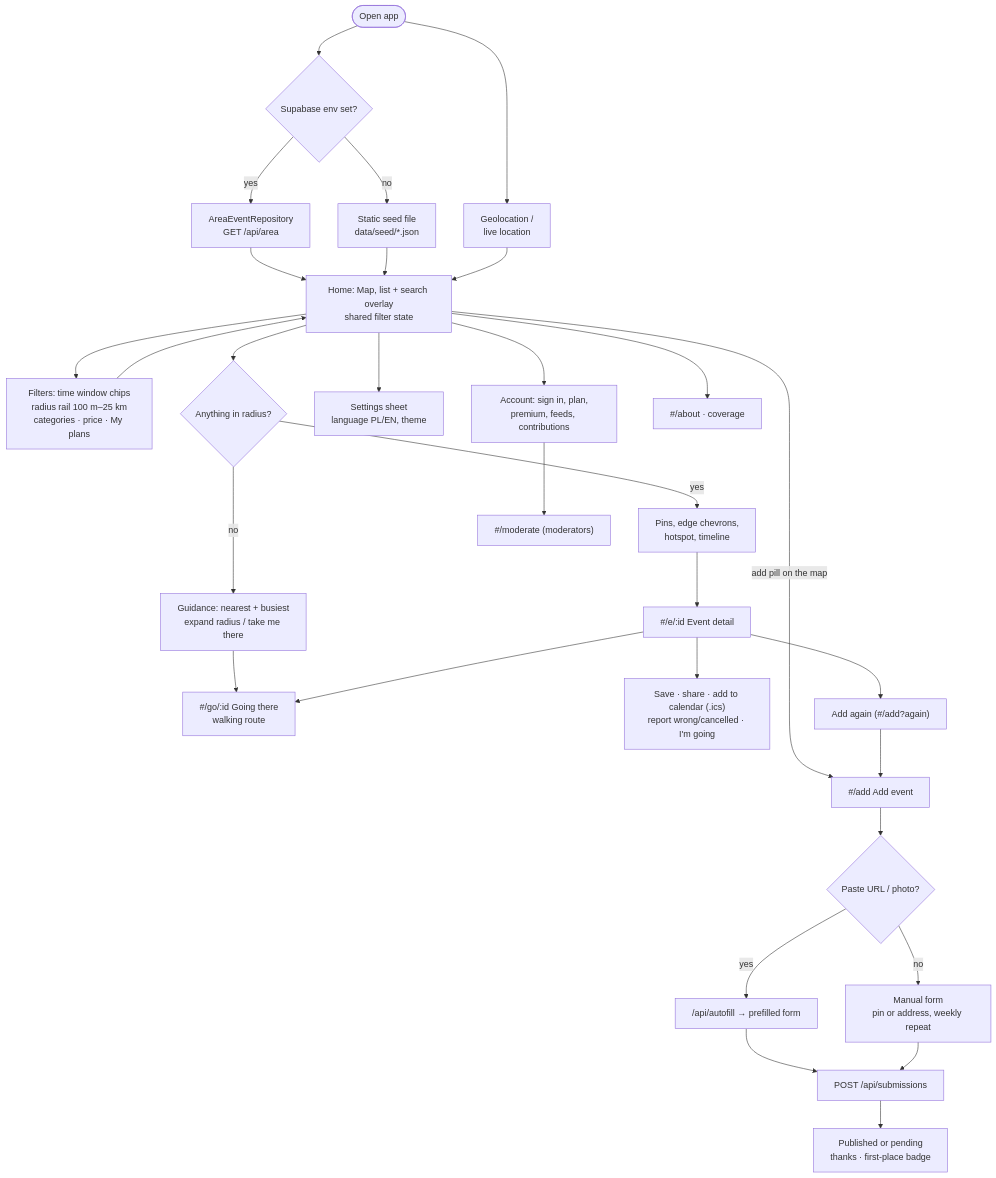
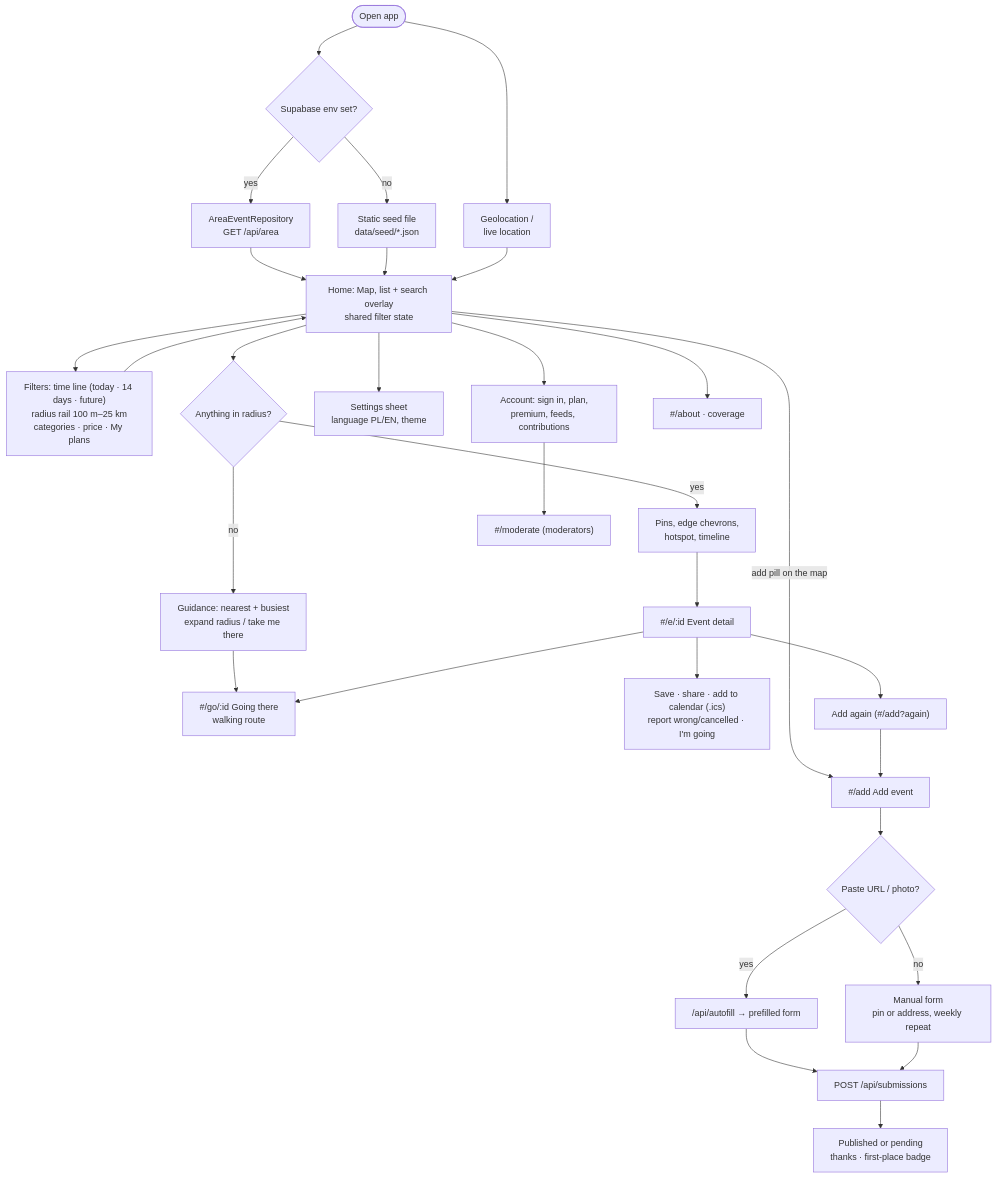
Before and after one commit to PriamSinbob/Happow: the fourth of 4 diagrams in docs/ARCHITECTURE.md, drawn with Mermaid. The commit also changed other lines of this file and 36 other files, not shown here.

First line of the commit message:
Fix list, time line, map pins, dice and About from the deployed-app review

````diff
--- a/docs/ARCHITECTURE.md
+++ b/docs/ARCHITECTURE.md
@@ -155,32 +155,32 @@
 ```mermaid
 flowchart TB
   OPEN(["Open app"]) --> REPO{"Supabase env set?"}
   REPO -- yes --> AREAR["AreaEventRepository<br/>GET /api/area"]
   REPO -- no --> SEED["Static seed file<br/>data/seed/*.json"]
   AREAR --> HOME
   SEED --> HOME
   OPEN --> LOC["Geolocation /<br/>live location"] --> HOME
   HOME["Home: Map, list + search overlay<br/>shared filter state"]
-  HOME --> F["Filters: time window chips<br/>radius rail 100 m–25 km<br/>categories · price · My plans"]
+  HOME --> F["Filters: time line (today · 14 days · future)<br/>radius rail 100 m–25 km<br/>categories · price · My plans"]
   F --> HOME
   HOME --> EMPTY{"Anything in radius?"}
   EMPTY -- no --> GUIDE["Guidance: nearest + busiest<br/>expand radius / take me there"]
   EMPTY -- yes --> PINS["Pins, edge chevrons,<br/>hotspot, timeline"]
   HOME --> SET["Settings sheet<br/>language PL/EN, theme"]
   HOME --> ACC["Account: sign in, plan,<br/>premium, feeds, contributions"]
   PINS --> DET["#/e/:id Event detail"]
   GUIDE --> GO
   DET --> GO["#/go/:id Going there<br/>walking route"]
   DET --> ACT["Save · share · add to calendar (.ics)<br/>report wrong/cancelled · I'm going"]
   DET --> AGAIN["Add again (#/add?again)"]
   HOME -- "add pill on the map" --> ADD["#/add Add event"]
   AGAIN --> ADD
   ADD --> PASTE{"Paste URL / photo?"}
   PASTE -- yes --> AUTOF["/api/autofill → prefilled form"]
   PASTE -- no --> MAN["Manual form<br/>pin or address, weekly repeat"]
   AUTOF --> SUBMIT["POST /api/submissions"]
   MAN --> SUBMIT
   SUBMIT --> THANK["Published or pending<br/>thanks · first-place badge"]
   ACC --> MODR["#/moderate (moderators)"]
   HOME --> ABOUT["#/about · coverage"]
 ```
````
